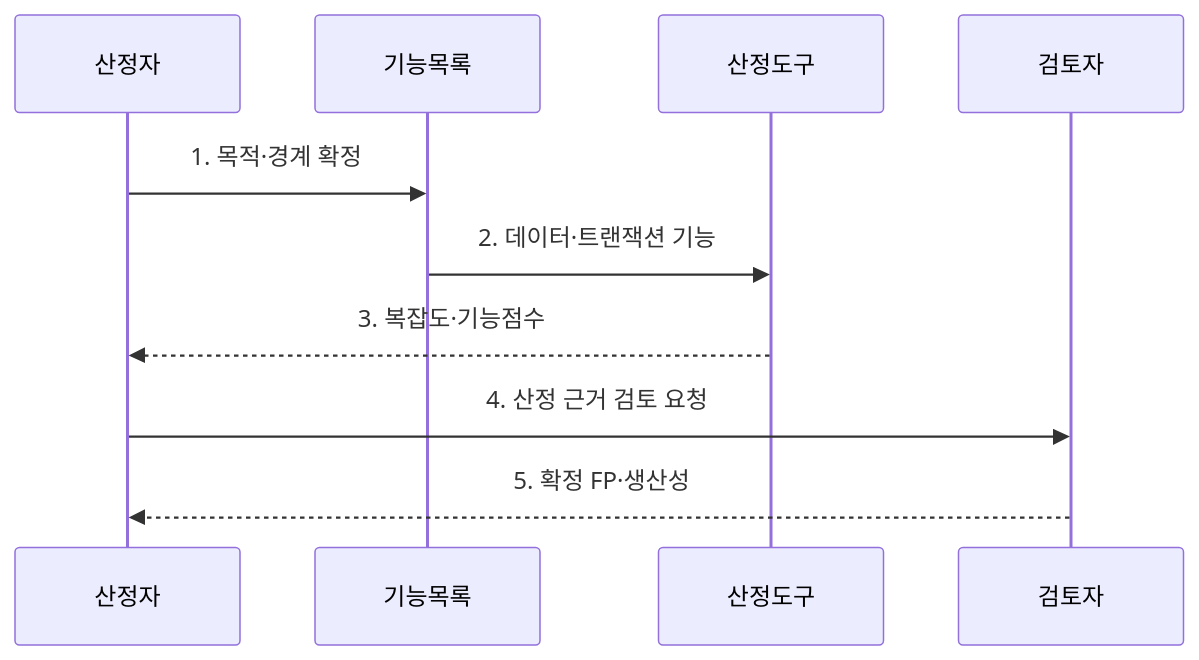
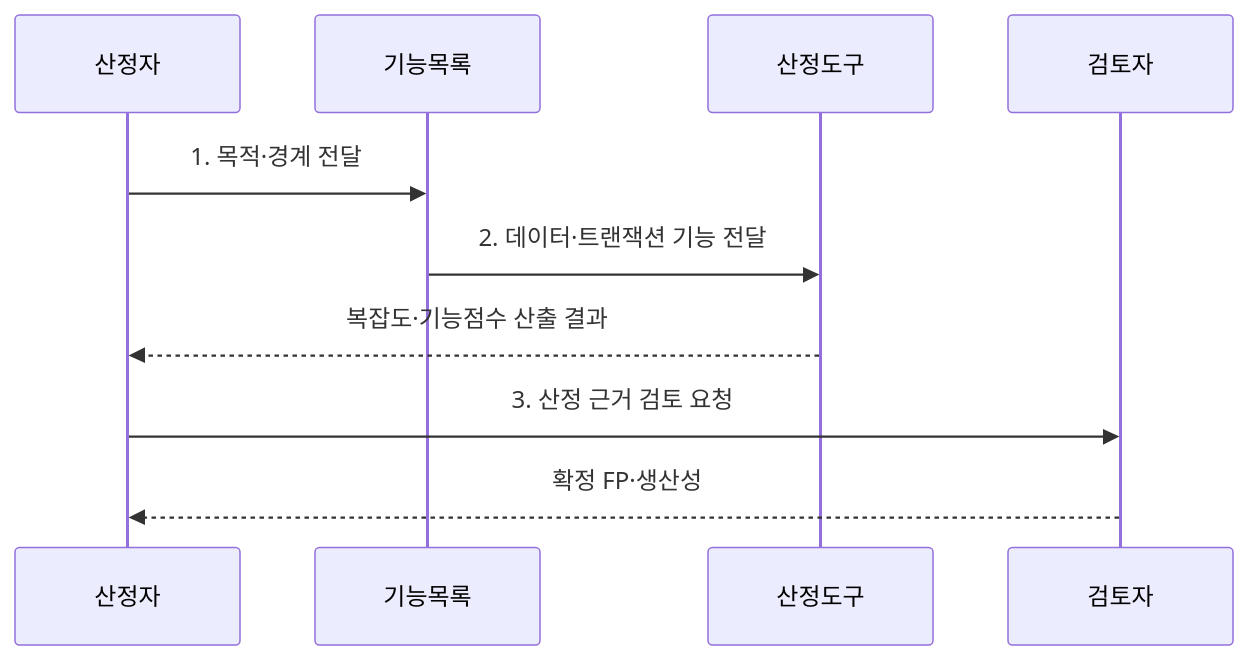
One commit to agnusdei1207/knowledge-base changed the second of 2 diagrams in src/content/docs/notes/06-evaluation/034_fp_productivity.md. Above: the diagram before and after it, drawn with Mermaid. The commit also changed other lines of this file and 20 other files, not shown here.

````diff
--- a/src/content/docs/notes/06-evaluation/034_fp_productivity.md
+++ b/src/content/docs/notes/06-evaluation/034_fp_productivity.md
@@ -86,12 +86,12 @@
 ```mermaid
 sequenceDiagram
     participant E as 산정자
     participant S as 기능목록
     participant C as 산정도구
     participant R as 검토자
-    E->>S: 1. 목적·경계 확정
-    S->>C: 2. 데이터·트랜잭션 기능
-    C-->>E: 3. 복잡도·기능점수
-    E->>R: 4. 산정 근거 검토 요청
-    R-->>E: 5. 확정 FP·생산성
+    E->>S: 1. 목적·경계 전달
+    S->>C: 2. 데이터·트랜잭션 기능 전달
+    C-->>E: 복잡도·기능점수 산출 결과
+    E->>R: 3. 산정 근거 검토 요청
+    R-->>E: 확정 FP·생산성
 ```
````
